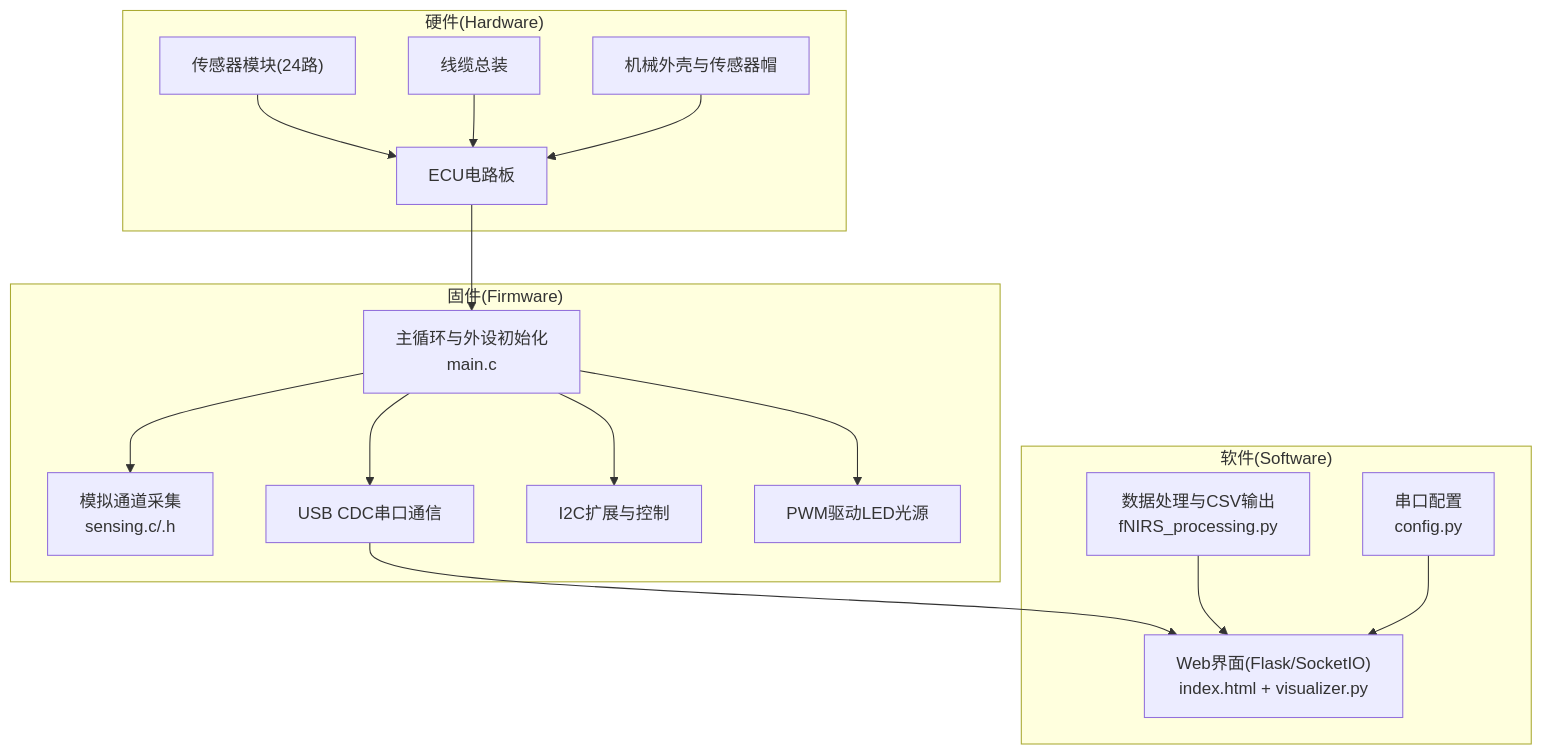
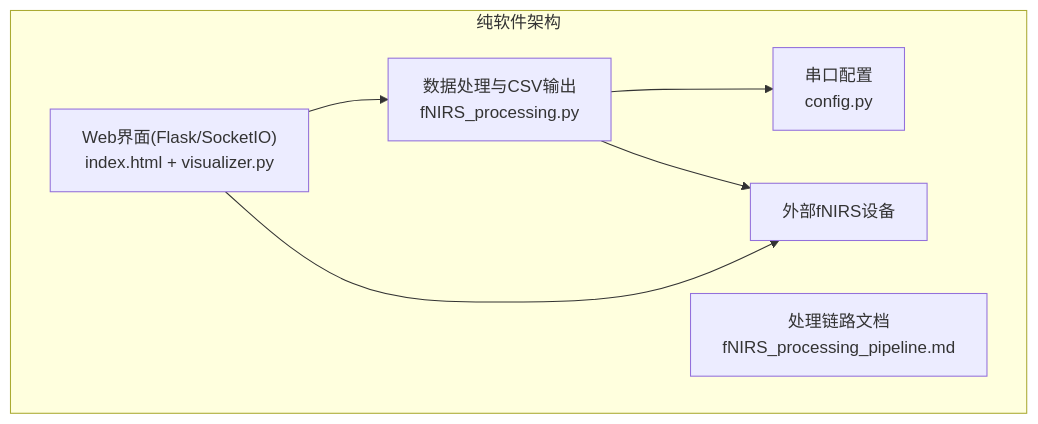
Before and after one commit to zhushizi/fNIRS-main: the first of 4 diagrams in .qoder/repowiki/zh/content/项目概述.md, drawn with Mermaid. The commit also changed other lines of this file and 28 other files, not shown here.

````diff
--- a/.qoder/repowiki/zh/content/项目概述.md
+++ b/.qoder/repowiki/zh/content/项目概述.md
@@ -50,32 +56,14 @@
 ```mermaid
 graph TB
-subgraph "硬件(Hardware)"
-HW_ECU["ECU电路板"]
-HW_Sensors["传感器模块(24路)"]
-HW_Cables["线缆总装"]
-HW_Mech["机械外壳与传感器帽"]
-end
-subgraph "固件(Firmware)"
-FW_Main["主循环与外设初始化<br/>main.c"]
-FW_Sensing["模拟通道采集<br/>sensing.c/.h"]
-FW_USB["USB CDC串口通信"]
-FW_I2C["I2C扩展与控制"]
-FW_PWM["PWM驱动LED光源"]
-end
-subgraph "软件(Software)"
+subgraph "纯软件架构"
 SW_GUI["Web界面(Flask/SocketIO)<br/>index.html + visualizer.py"]
 SW_Process["数据处理与CSV输出<br/>fNIRS_processing.py"]
 SW_Config["串口配置<br/>config.py"]
+SW_Pipeline["处理链路文档<br/>fNIRS_processing_pipeline.md"]
+END_DEVICE["外部fNIRS设备"]
 end
-HW_Sensors --> HW_ECU
-HW_Cables --> HW_ECU
-HW_Mech --> HW_ECU
-HW_ECU --> FW_Main
-FW_Main --> FW_Sensing
-FW_Main --> FW_USB
-FW_Main --> FW_I2C
-FW_Main --> FW_PWM
-FW_USB --> SW_GUI
-SW_Process --> SW_GUI
-SW_Config --> SW_GUI
+SW_GUI --> SW_Process
+SW_Process --> SW_Config
+SW_Process --> END_DEVICE
+SW_GUI --> END_DEVICE
 ```
````
